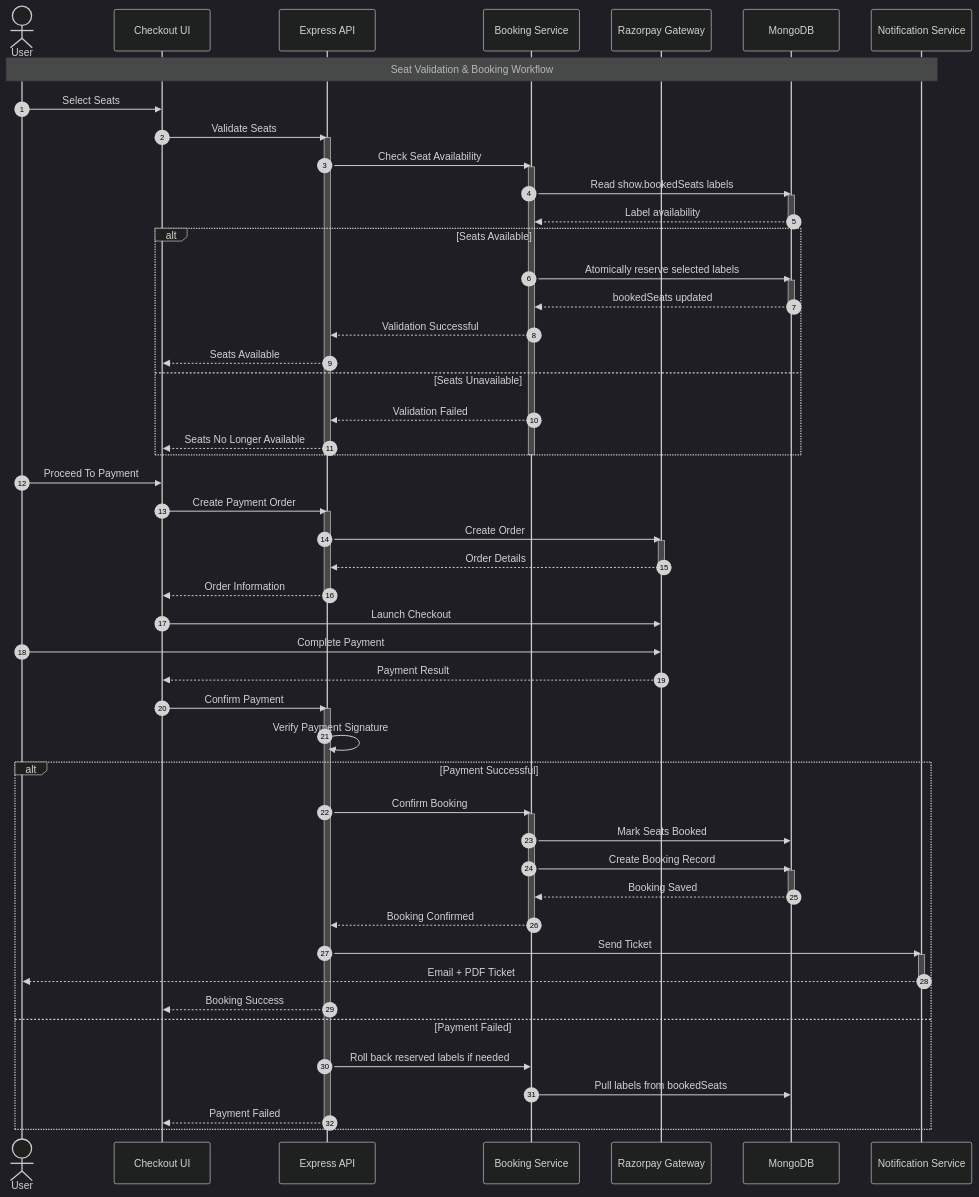
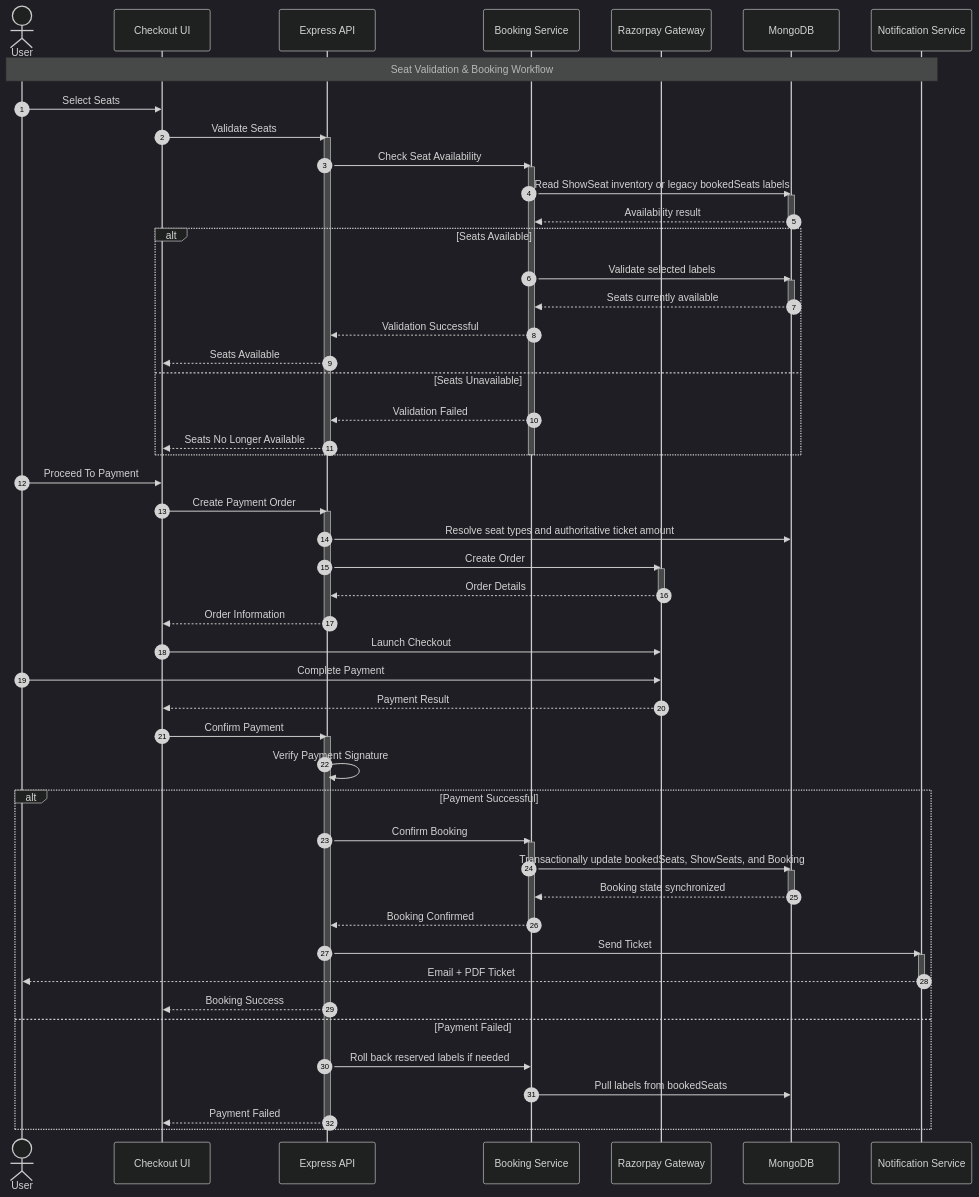
One commit to Shravan-509/BookMyShow changed the tenth of 10 diagrams in docs/PROJECT_DOCUMENTATION.md. Above: the diagram before and after it, drawn with Mermaid (dark theme). The commit also changed other lines of this file and 13 other files, not shown here.

Commit message:
docs(show-seats): document Phase 4B booking and pricing integration

```diff
--- a/docs/PROJECT_DOCUMENTATION.md
+++ b/docs/PROJECT_DOCUMENTATION.md
@@ -877,21 +887,21 @@
 
     activate Booking
 
-    Booking->>DB: Read show.bookedSeats labels
+    Booking->>DB: Read ShowSeat inventory or legacy bookedSeats labels
 
     activate DB
 
-    DB-->>Booking: Label availability
+    DB-->>Booking: Availability result
 
     deactivate DB
 
     alt Seats Available
 
-        Booking->>DB: Atomically reserve selected labels
+        Booking->>DB: Validate selected labels
 
         activate DB
 
-        DB-->>Booking: bookedSeats updated
+        DB-->>Booking: Seats currently available
 
         deactivate DB
 
@@ -915,6 +925,8 @@
     UI->>API: Create Payment Order
 
     activate API
+
+    API->>DB: Resolve seat types and authoritative ticket amount
 
     API->>Razorpay: Create Order
 
@@ -946,13 +958,11 @@
 
         activate Booking
 
-        Booking->>DB: Mark Seats Booked
-
-        Booking->>DB: Create Booking Record
+        Booking->>DB: Transactionally update bookedSeats, ShowSeats, and Booking
 
         activate DB
 
-        DB-->>Booking: Booking Saved
+        DB-->>Booking: Booking state synchronized
 
         deactivate DB
 
```
